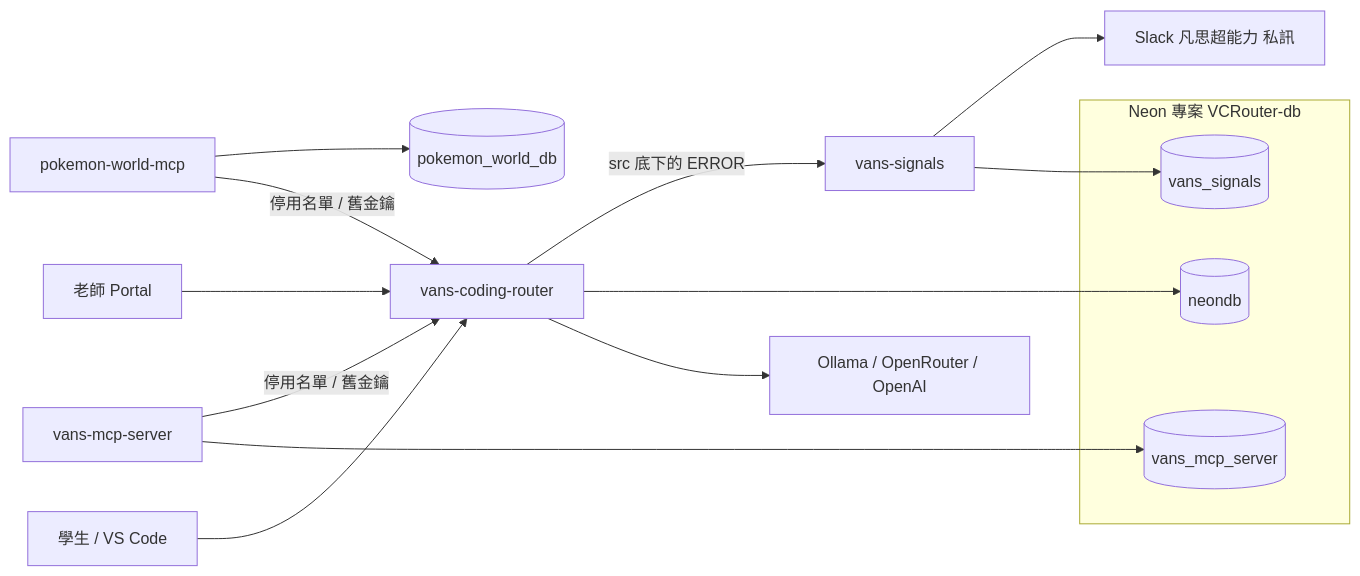
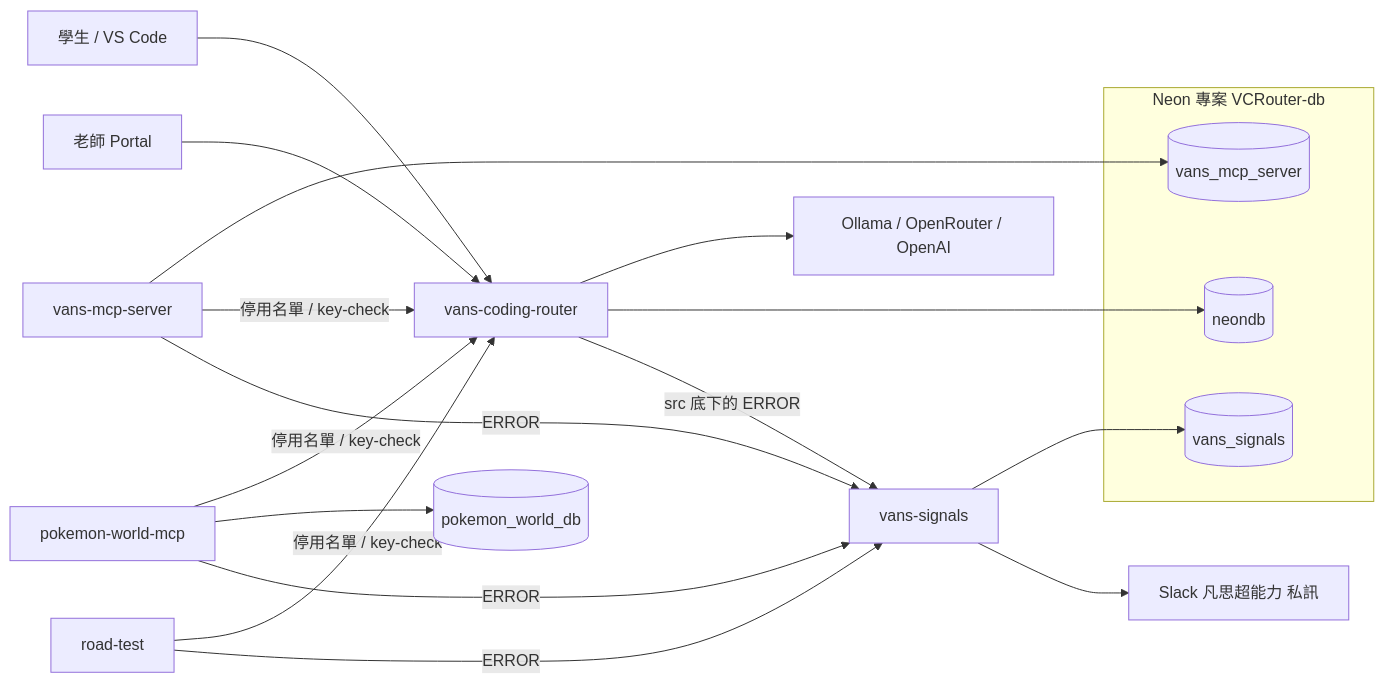
Before and after one commit to mz038197/vans_coding_router: the second of 2 diagrams in docs/system-map.md, drawn with Mermaid. The commit also changed other lines of this file and 12 other files, not shown here.

First line of the commit message:
Record the key check transition and Partner Services

````diff
--- a/docs/system-map.md
+++ b/docs/system-map.md
@@ -37,21 +37,23 @@
 ```mermaid
 flowchart LR
   student[學生 / VS Code] --> router[vans-coding-router]
   teacher[老師 Portal] --> router
   router --> upstream[Ollama / OpenRouter / OpenAI]
   router --> neondb[(neondb)]
   mcp[vans-mcp-server] --> mcpdb[(vans_mcp_server)]
-  mcp -->|停用名單 / 舊金鑰| router
-  poke[pokemon-world-mcp] -->|停用名單 / 舊金鑰| router
+  mcp -->|停用名單 / key-check| router
+  poke[pokemon-world-mcp] -->|停用名單 / key-check| router
   poke --> pokedb[(pokemon_world_db)]
+  roadtest[road-test] -->|停用名單 / key-check| router
+  mcp & poke & roadtest -->|ERROR| signals
 
   router -->|src 底下的 ERROR| signals[vans-signals]
   signals --> sigdb[(vans_signals)]
   signals --> slack[Slack 凡思超能力 私訊]
 
   subgraph neon [Neon 專案 VCRouter-db]
     neondb
     sigdb
     mcpdb
   end
 ```
````
